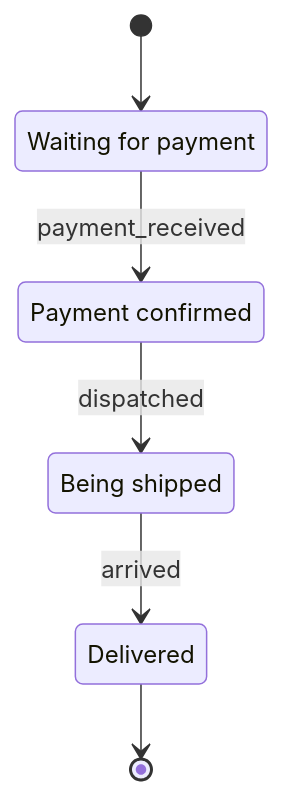
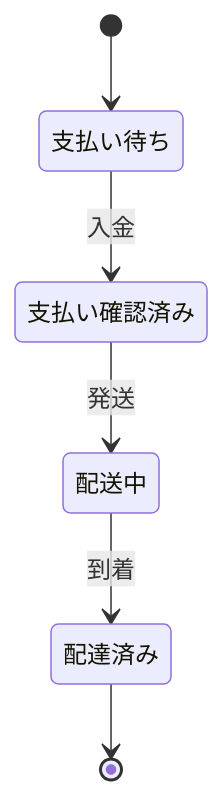
Diagram 24 of 29 in examples/EXAMPLE_ja.md (kohdice/mp-rs), drawn with Mermaid before and after one commit. The commit also changed other lines of this file and 1 other file, not shown here.

````diff
--- a/examples/EXAMPLE_ja.md
+++ b/examples/EXAMPLE_ja.md
@@ -340,12 +521,13 @@
 ```mermaid
 stateDiagram-v2
-    state "Waiting for payment" as Pending
-    state "Payment confirmed" as Confirmed
-    state "Being shipped" as Shipped
+    state "支払い待ち" as Pending
+    state "支払い確認済み" as Confirmed
+    state "配送中" as Shipped
+    state "配達済み" as Delivered
 
     [*] --> Pending
-    Pending --> Confirmed : payment_received
-    Confirmed --> Shipped : dispatched
-    Shipped --> Delivered : arrived
+    Pending --> Confirmed : 入金
+    Confirmed --> Shipped : 発送
+    Shipped --> Delivered : 到着
     Delivered --> [*]
 ```
````
